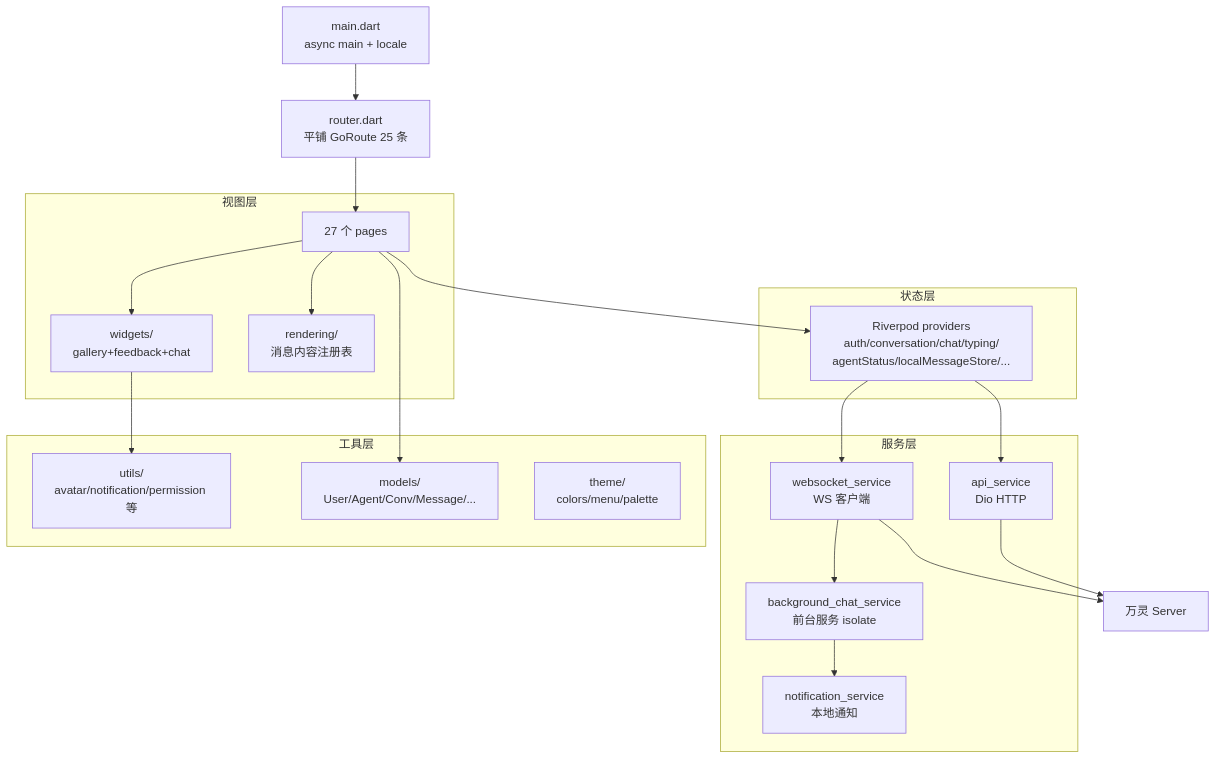
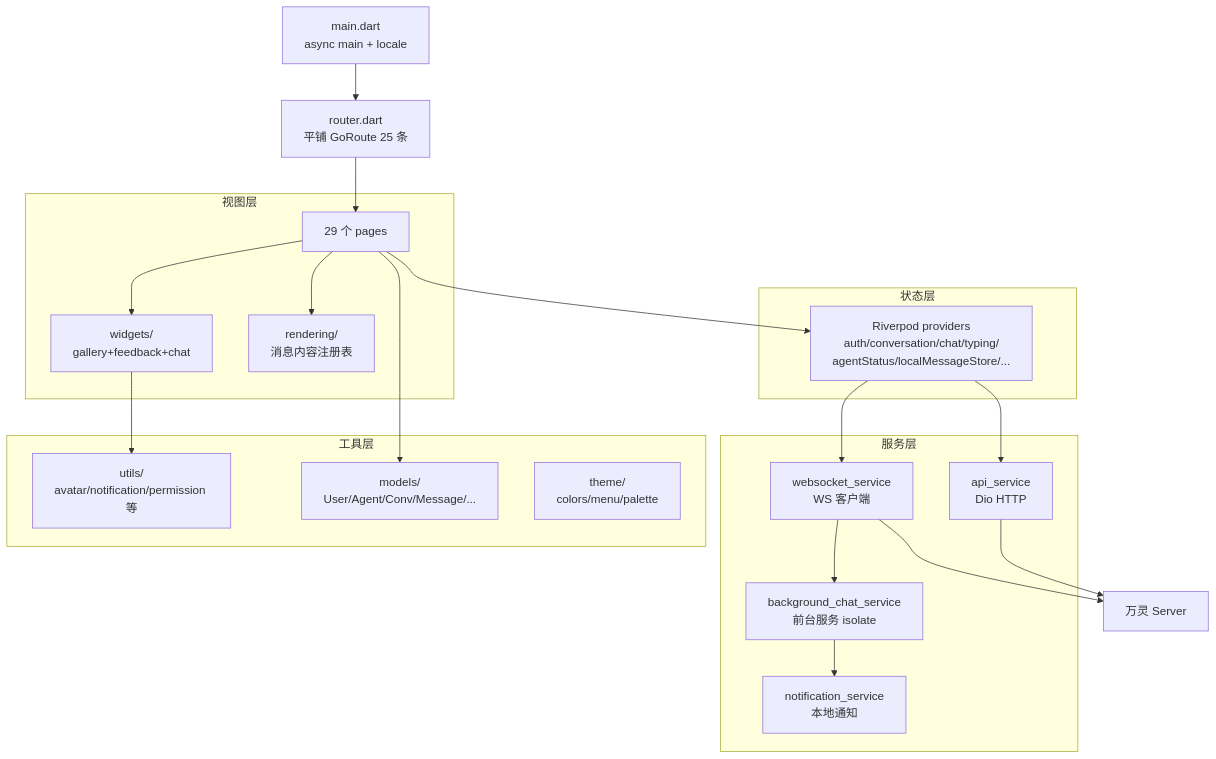
The diagram in docs/architecture/app.md (luoyu318/wanling), drawn with Mermaid before and after one commit. The commit also changed other lines of this file and 6 other files, not shown here.

````diff
--- a/docs/architecture/app.md
+++ b/docs/architecture/app.md
@@ -7,44 +7,44 @@
 ```mermaid
 flowchart TB
     MAIN[main.dart<br/>async main + locale]
     ROUTER[router.dart<br/>平铺 GoRoute 25 条]
 
     subgraph 服务层
         API[api_service<br/>Dio HTTP]
         WS[websocket_service<br/>WS 客户端]
         BGSVC[background_chat_service<br/>前台服务 isolate]
         NOTIF[notification_service<br/>本地通知]
     end
 
     subgraph 状态层
         PROVIDERS[Riverpod providers<br/>auth/conversation/chat/typing/<br/>agentStatus/localMessageStore/...]
     end
 
     subgraph 视图层
-        PAGES[27 个 pages]
+        PAGES[29 个 pages]
         WIDGETS[widgets/<br/>gallery+feedback+chat]
         RENDER[rendering/<br/>消息内容注册表]
     end
 
     subgraph 工具层
         UTILS[utils/<br/>avatar/notification/permission 等]
         MODELS[models/<br/>User/Agent/Conv/Message/...]
         THEME[theme/<br/>colors/menu/palette]
     end
 
     SERVER[万灵 Server]
 
     MAIN --> ROUTER
     ROUTER --> PAGES
     PAGES --> PROVIDERS
     PROVIDERS --> API
     PROVIDERS --> WS
     WS --> BGSVC
     BGSVC --> NOTIF
     PAGES --> WIDGETS
     PAGES --> RENDER
     WIDGETS --> UTILS
     PAGES --> MODELS
     API --> SERVER
     WS --> SERVER
 ```
````
